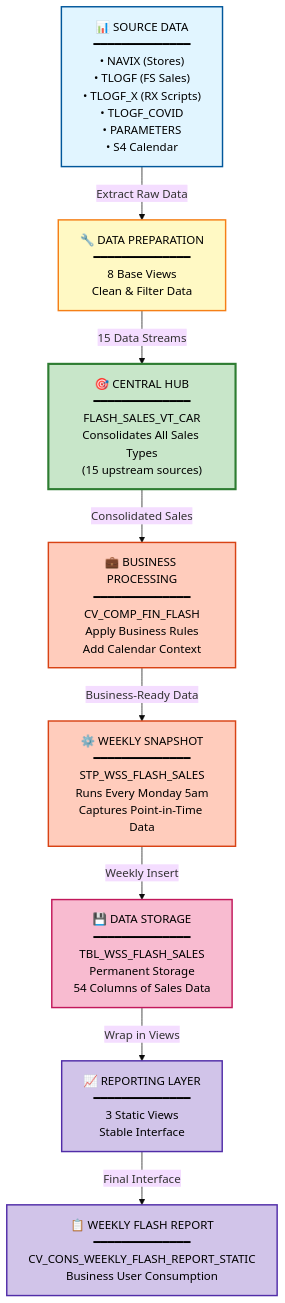
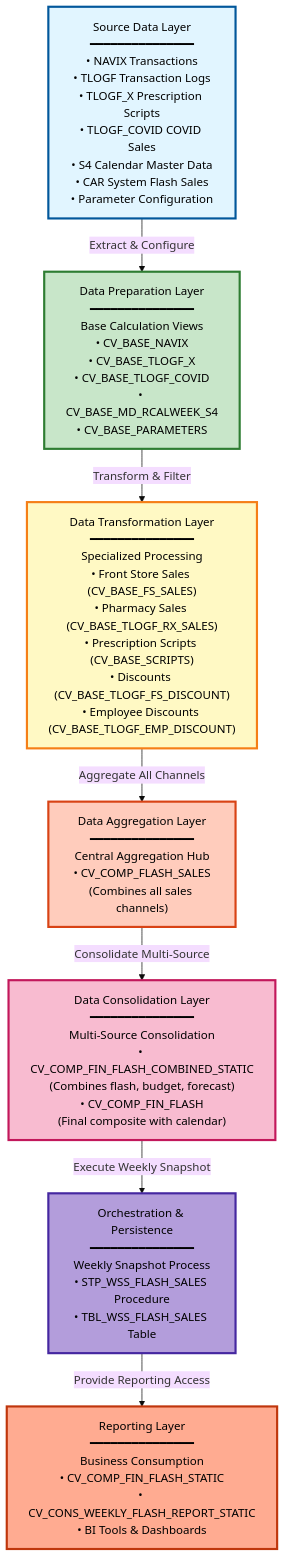
Before and after one commit to ELANSURIYAA/HANA-TO-BIGQUERY: the diagram in Agent Outputs For 24 Files/DI HANA LINEAGE SUMMARY/DI_HANA_LINEAGE_SUMMARY.md, drawn with Mermaid (base theme). The commit also changed other lines of this file, not shown here.

````diff
--- a/Agent Outputs For 24 Files/DI HANA LINEAGE SUMMARY/DI_HANA_LINEAGE_SUMMARY.md
+++ b/Agent Outputs For 24 Files/DI HANA LINEAGE SUMMARY/DI_HANA_LINEAGE_SUMMARY.md
@@ -764,53 +1062,48 @@
 ```mermaid
 flowchart TD
-    %% Define Styles
-    classDef sourceStyle fill:#e1f5ff,stroke:#01579b,stroke-width:2px,color:#000
-    classDef prepStyle fill:#fff9c4,stroke:#f57f17,stroke-width:2px,color:#000
-    classDef hubStyle fill:#c8e6c9,stroke:#2e7d32,stroke-width:3px,color:#000
-    classDef processStyle fill:#ffccbc,stroke:#d84315,stroke-width:2px,color:#000
-    classDef storageStyle fill:#f8bbd0,stroke:#c2185b,stroke-width:2px,color:#000
-    classDef reportStyle fill:#d1c4e9,stroke:#512da8,stroke-width:2px,color:#000
-
     %% Source Layer
-    SOURCE["📊 SOURCE DATA<br/>━━━━━━━━━━━━━━<br/>• NAVIX (Stores)<br/>• TLOGF (FS Sales)<br/>• TLOGF_X (RX Scripts)<br/>• TLOGF_COVID<br/>• PARAMETERS<br/>• S4 Calendar"]
+    A["Source Data Layer<br/>━━━━━━━━━━━━━━━<br/>• NAVIX Transactions<br/>• TLOGF Transaction Logs<br/>• TLOGF_X Prescription Scripts<br/>• TLOGF_COVID COVID Sales<br/>• S4 Calendar Master Data<br/>• CAR System Flash Sales<br/>• Parameter Configuration"]
     
-    %% Preparation Layer
-    PREP["🔧 DATA PREPARATION<br/>━━━━━━━━━━━━━━<br/>8 Base Views<br/>Clean & Filter Data"]
+    %% Base Layer
+    B["Data Preparation Layer<br/>━━━━━━━━━━━━━━━<br/>Base Calculation Views<br/>• CV_BASE_NAVIX<br/>• CV_BASE_TLOGF_X<br/>• CV_BASE_TLOGF_COVID<br/>• CV_BASE_MD_RCALWEEK_S4<br/>• CV_BASE_PARAMETERS"]
+    
+    %% Transformation Layer
+    C["Data Transformation Layer<br/>━━━━━━━━━━━━━━━<br/>Specialized Processing<br/>• Front Store Sales (CV_BASE_FS_SALES)<br/>• Pharmacy Sales (CV_BASE_TLOGF_RX_SALES)<br/>• Prescription Scripts (CV_BASE_SCRIPTS)<br/>• Discounts (CV_BASE_TLOGF_FS_DISCOUNT)<br/>• Employee Discounts (CV_BASE_TLOGF_EMP_DISCOUNT)"]
+    
+    %% Aggregation Layer
+    D["Data Aggregation Layer<br/>━━━━━━━━━━━━━━━<br/>Central Aggregation Hub<br/>• CV_COMP_FLASH_SALES<br/>(Combines all sales channels)"]
     
     %% Consolidation Layer
-    HUB["🎯 CENTRAL HUB<br/>━━━━━━━━━━━━━━<br/>FLASH_SALES_VT_CAR<br/>Consolidates All Sales Types<br/>(15 upstream sources)"]
+    E["Data Consolidation Layer<br/>━━━━━━━━━━━━━━━<br/>Multi-Source Consolidation<br/>• CV_COMP_FIN_FLASH_COMBINED_STATIC<br/>(Combines flash, budget, forecast)<br/>• CV_COMP_FIN_FLASH<br/>(Final composite with calendar)"]
     
-    %% Business Logic Layer
-    BUSINESS["💼 BUSINESS PROCESSING<br/>━━━━━━━━━━━━━━<br/>CV_COMP_FIN_FLASH<br/>Apply Business Rules<br/>Add Calendar Context"]
-    
-    %% Execution Layer
-    PROC["⚙️ WEEKLY SNAPSHOT<br/>━━━━━━━━━━━━━━<br/>STP_WSS_FLASH_SALES<br/>Runs Every Monday 5am<br/>Captures Point-in-Time Data"]
-    
-    %% Storage Layer
-    TABLE["💾 DATA STORAGE<br/>━━━━━━━━━━━━━━<br/>TBL_WSS_FLASH_SALES<br/>Permanent Storage<br/>54 Columns of Sales Data"]
+    %% Orchestration Layer
+    F["Orchestration & Persistence<br/>━━━━━━━━━━━━━━━<br/>Weekly Snapshot Process<br/>• STP_WSS_FLASH_SALES Procedure<br/>• TBL_WSS_FLASH_SALES Table"]
     
     %% Reporting Layer
-    STATIC["📈 REPORTING LAYER<br/>━━━━━━━━━━━━━━<br/>3 Static Views<br/>Stable Interface"]
+    G["Reporting Layer<br/>━━━━━━━━━━━━━━━<br/>Business Consumption<br/>• CV_COMP_FIN_FLASH_STATIC<br/>• CV_CONS_WEEKLY_FLASH_REPORT_STATIC<br/>• BI Tools & Dashboards"]
     
-    %% Final Output
-    REPORT["📋 WEEKLY FLASH REPORT<br/>━━━━━━━━━━━━━━<br/>CV_CONS_WEEKLY_FLASH_REPORT_STATIC<br/>Business User Consumption"]
+    %% Flow
+    A -->|"Extract & Configure"| B
+    B -->|"Transform & Filter"| C
+    C -->|"Aggregate All Channels"| D
+    D -->|"Consolidate Multi-Source"| E
+    E -->|"Execute Weekly Snapshot"| F
+    F -->|"Provide Reporting Access"| G
     
-    %% Relationships
-    SOURCE -->|"Extract Raw Data"| PREP
-    PREP -->|"15 Data Streams"| HUB
-    HUB -->|"Consolidated Sales"| BUSINESS
-    BUSINESS -->|"Business-Ready Data"| PROC
-    PROC -->|"Weekly Insert"| TABLE
-    TABLE -->|"Wrap in Views"| STATIC
-    STATIC -->|"Final Interface"| REPORT
+    %% Styling
+    classDef sourceStyle fill:#e1f5ff,stroke:#01579b,stroke-width:3px,color:#000
+    classDef baseStyle fill:#c8e6c9,stroke:#2e7d32,stroke-width:3px,color:#000
+    classDef transformStyle fill:#fff9c4,stroke:#f57f17,stroke-width:3px,color:#000
+    classDef aggStyle fill:#ffccbc,stroke:#d84315,stroke-width:3px,color:#000
+    classDef consStyle fill:#f8bbd0,stroke:#c2185b,stroke-width:3px,color:#000
+    classDef orchStyle fill:#b39ddb,stroke:#4527a0,stroke-width:3px,color:#000
+    classDef reportStyle fill:#ffab91,stroke:#bf360c,stroke-width:3px,color:#000
     
-    %% Apply Styles
-    class SOURCE sourceStyle
-    class PREP prepStyle
-    class HUB hubStyle
-    class BUSINESS processStyle
-    class PROC processStyle
-    class TABLE storageStyle
-    class STATIC reportStyle
-    class REPORT reportStyle
+    class A sourceStyle
+    class B baseStyle
+    class C transformStyle
+    class D aggStyle
+    class E consStyle
+    class F orchStyle
+    class G reportStyle
 ```
````
